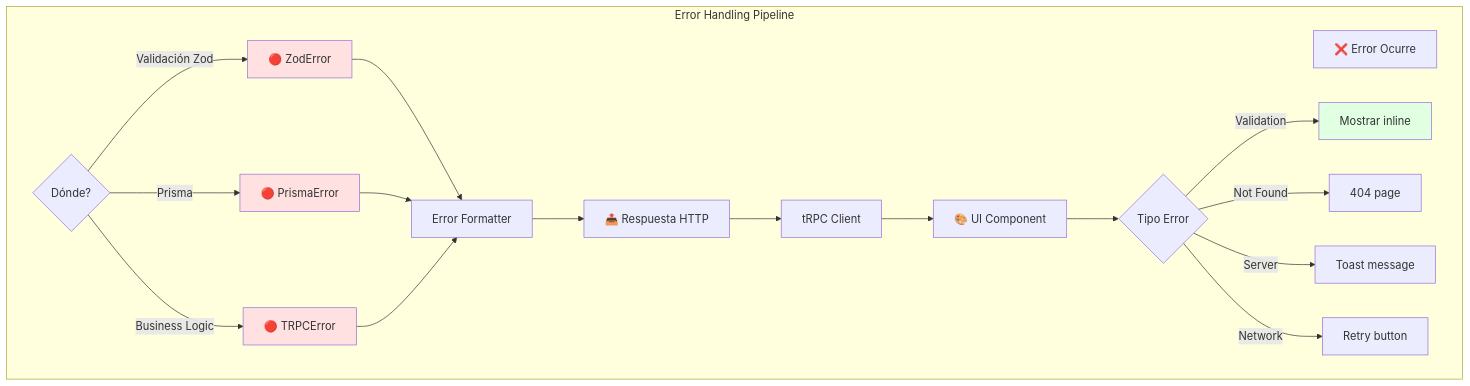
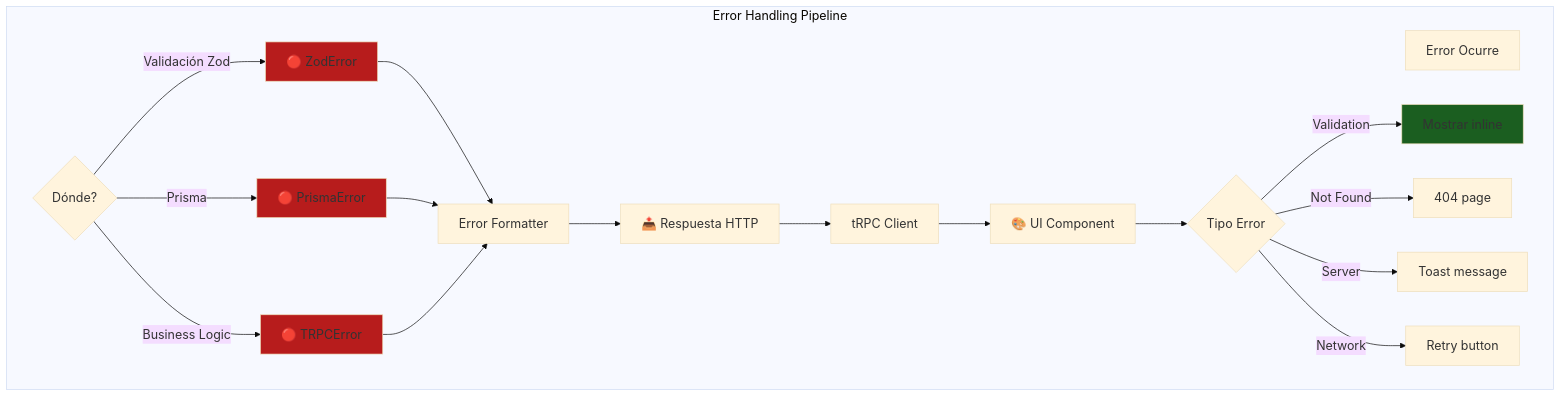
The eighth of 9 diagrams in courses/🟡-development/FPUNA-2026/01-DESARROLLO-SOFTWARE/especializaciones/web-development/02-desarrollo-fullstack.md (Ai-Whisperers/Courses-Content), drawn with Mermaid before and after one commit. The commit also changed other lines of this file and 47 other files, not shown here.

First line of the commit message:
fix: Make all 473 diagrams WCAG AAA accessible (FPUNA-2026)

````diff
--- a/courses/🟡-development/FPUNA-2026/01-DESARROLLO-SOFTWARE/especializaciones/web-development/02-desarrollo-fullstack.md
+++ b/courses/🟡-development/FPUNA-2026/01-DESARROLLO-SOFTWARE/especializaciones/web-development/02-desarrollo-fullstack.md
@@ -1562,30 +1569,31 @@
 ```mermaid
+%%{init: {'theme':'base', 'themeVariables': {'fontSize':'18px'}}}%%
 graph TD
     subgraph "Error Handling Pipeline"
-        A[❌ Error Ocurre]
+        A[Error Ocurre]
         B{Dónde?}
         
         B -->|Validación Zod| C[🔴 ZodError]
         B -->|Prisma| D[🔴 PrismaError]
         B -->|Business Logic| E[🔴 TRPCError]
         
         C --> F[Error Formatter]
         D --> F
         E --> F
         
         F --> G[📤 Respuesta HTTP]
         G --> H[tRPC Client]
         H --> I[🎨 UI Component]
         
         I --> J{Tipo Error}
         J -->|Validation| K[Mostrar inline]
         J -->|Not Found| L[404 page]
         J -->|Server| M[Toast message]
         J -->|Network| N[Retry button]
     end
     
-    style C fill:#FFE1E1
-    style D fill:#FFE1E1
-    style E fill:#FFE1E1
-    style K fill:#E1FFE1
+    style C fill:#b71c1c
+    style D fill:#b71c1c
+    style E fill:#b71c1c
+    style K fill:#1b5e20
 ```
````
